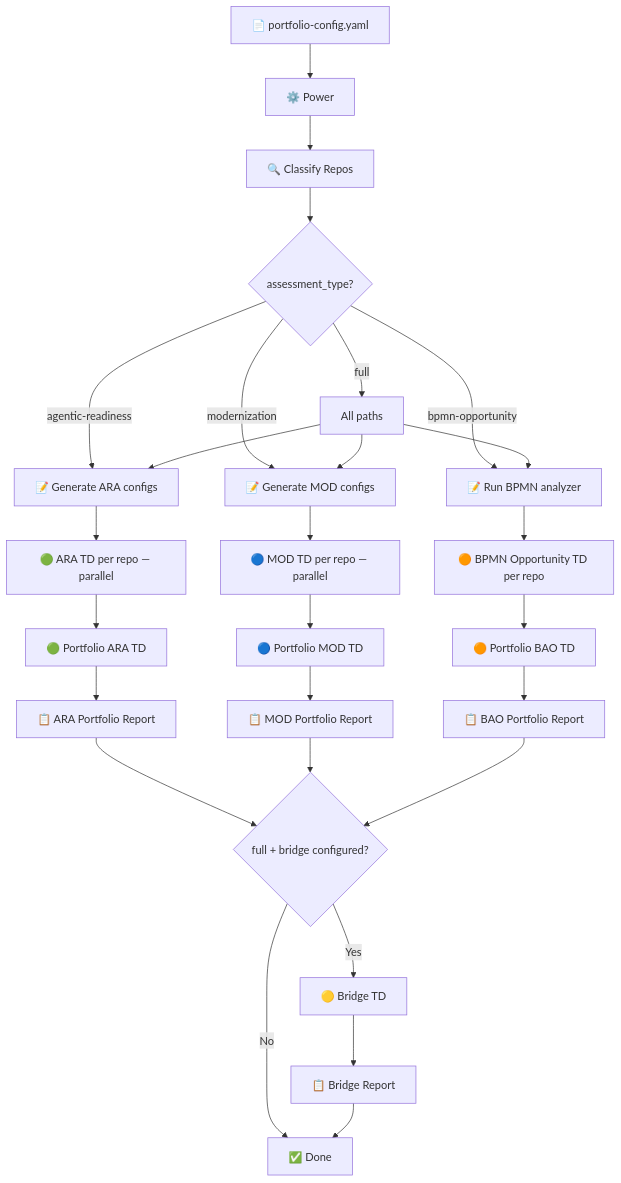
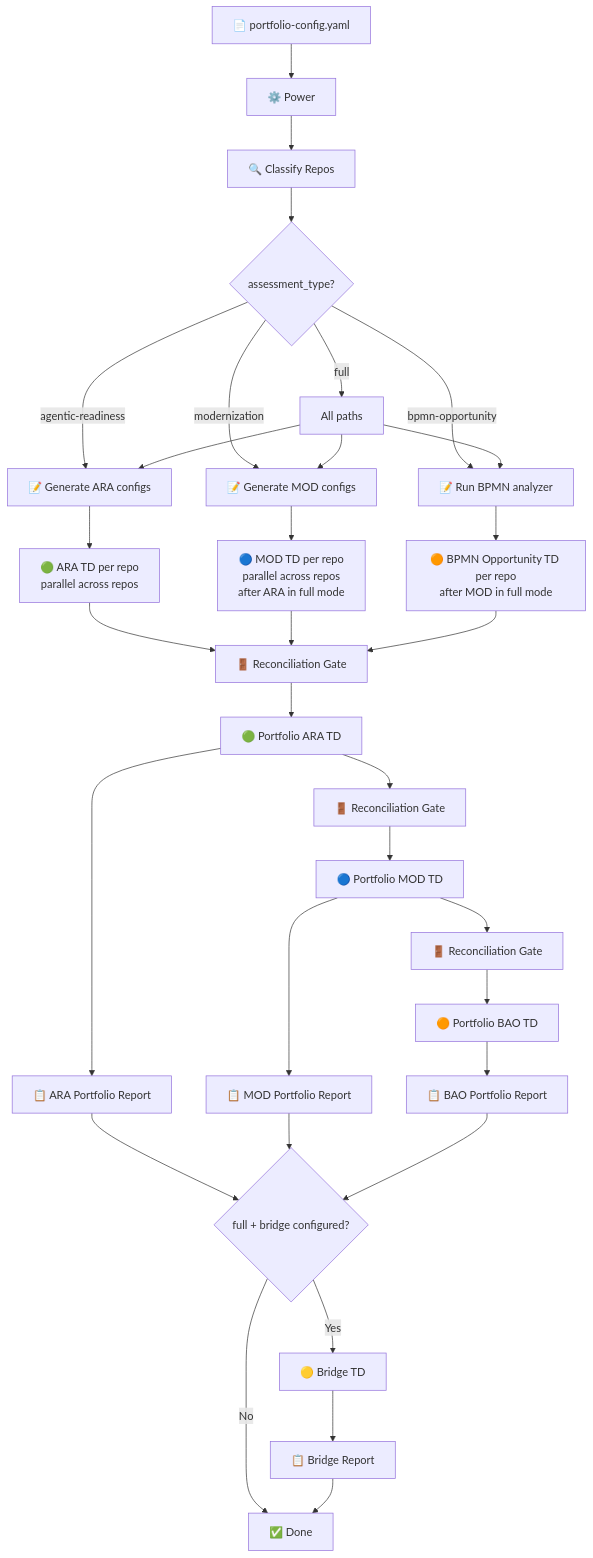
The first of 4 diagrams in README.md (aws-samples/sample-agentic-readiness-analysis-orchestrator), drawn with Mermaid before and after one commit. The commit also changed other lines of this file, not shown here.

First line of the commit message:
docs(readme): align with four-artifact bundle and per-repo serialization

````diff
--- a/README.md
+++ b/README.md
@@ -31,35 +33,41 @@
 ```mermaid
 flowchart TB
     CONFIG[📄 portfolio-config.yaml] --> POWER[⚙️ Power]
     
     POWER --> CLASSIFY[🔍 Classify Repos]
     CLASSIFY --> ROUTE{assessment_type?}
     
     ROUTE -->|agentic-readiness| A_GEN[📝 Generate ARA configs]
     ROUTE -->|modernization| M_GEN[📝 Generate MOD configs]
     ROUTE -->|bpmn-opportunity| B_GEN[📝 Run BPMN analyzer]
     ROUTE -->|full| ALL[All paths]
     ALL --> A_GEN
     ALL --> M_GEN
     ALL --> B_GEN
 
-    A_GEN --> A_RUN[🟢 ARA TD per repo — parallel]
-    M_GEN --> M_RUN[🔵 MOD TD per repo — parallel]
-    B_GEN --> B_RUN[🟠 BPMN Opportunity TD per repo]
+    A_GEN --> A_RUN[🟢 ARA TD per repo<br/>parallel across repos]
+    M_GEN --> M_RUN[🔵 MOD TD per repo<br/>parallel across repos<br/>after ARA in full mode]
+    B_GEN --> B_RUN[🟠 BPMN Opportunity TD per repo<br/>after MOD in full mode]
 
-    A_RUN --> A_PORT[🟢 Portfolio ARA TD]
-    M_RUN --> M_PORT[🔵 Portfolio MOD TD]
-    B_RUN --> B_PORT[🟠 Portfolio BAO TD]
+    A_RUN --> GATE1[🚪 Reconciliation Gate]
+    M_RUN --> GATE1
+    B_RUN --> GATE1
+
+    GATE1 --> A_PORT[🟢 Portfolio ARA TD]
+    A_PORT --> GATE2[🚪 Reconciliation Gate]
+    GATE2 --> M_PORT[🔵 Portfolio MOD TD]
+    M_PORT --> GATE3[🚪 Reconciliation Gate]
+    GATE3 --> B_PORT[🟠 Portfolio BAO TD]
 
     A_PORT --> A_OUT[📋 ARA Portfolio Report]
     M_PORT --> M_OUT[📋 MOD Portfolio Report]
     B_PORT --> B_OUT[📋 BAO Portfolio Report]
 
     A_OUT --> BRIDGE{full + bridge configured?}
     M_OUT --> BRIDGE
     B_OUT --> BRIDGE
     BRIDGE -->|Yes| BRIDGE_TD[🟡 Bridge TD]
     BRIDGE_TD --> BRIDGE_OUT[📋 Bridge Report]
     BRIDGE -->|No| DONE[✅ Done]
     BRIDGE_OUT --> DONE
 ```
````
